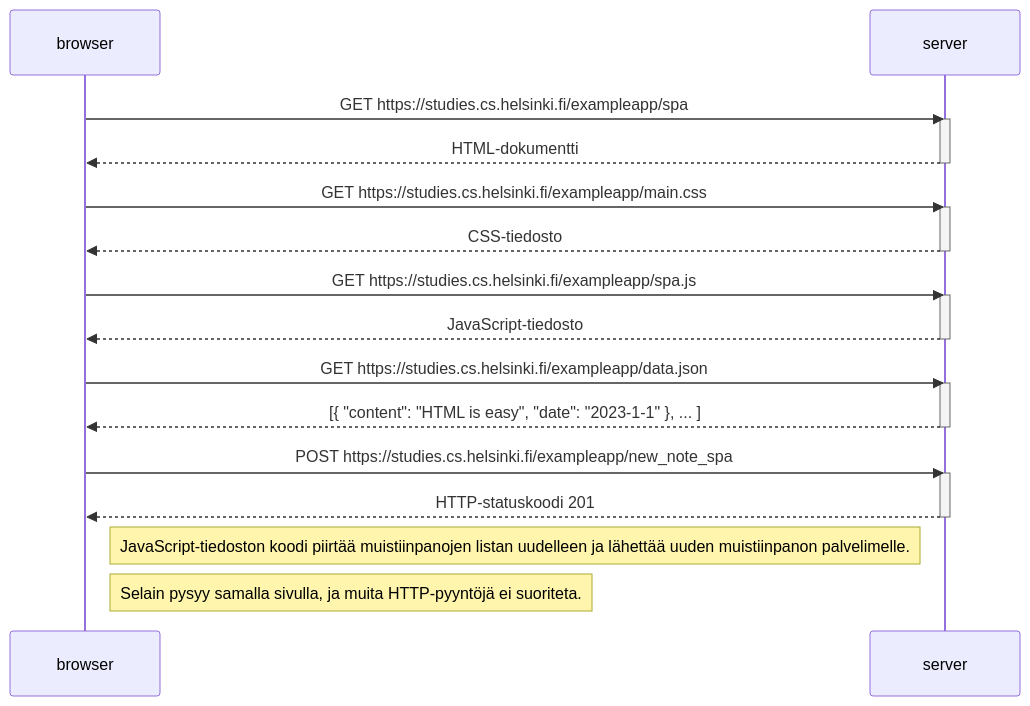
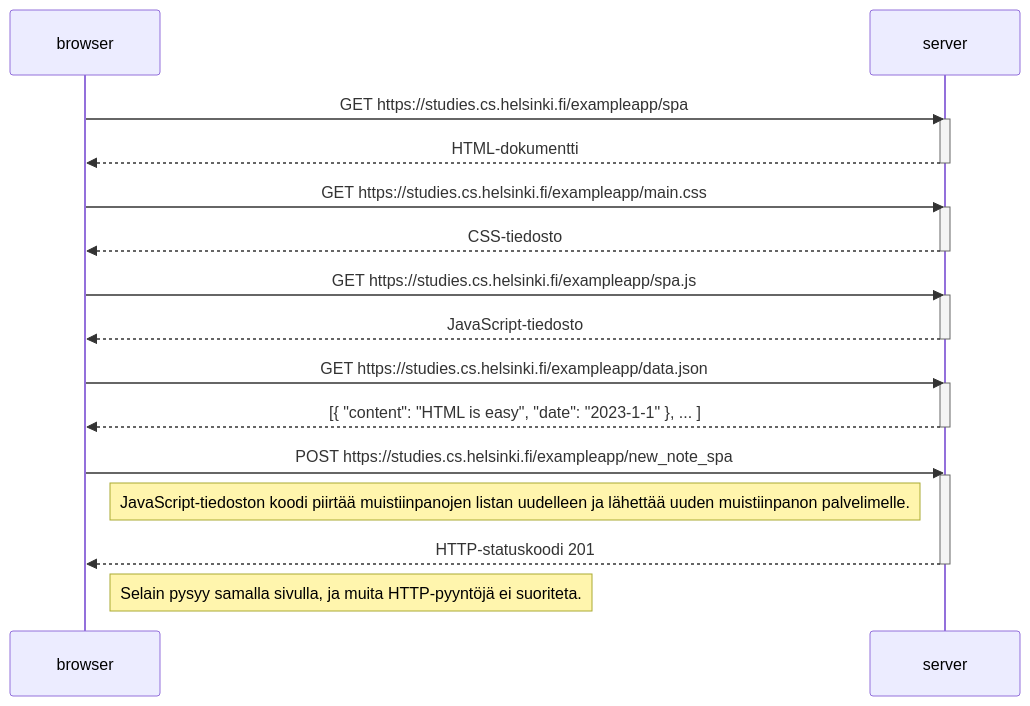
One commit to toivoantero/FullStack-UniversityOfHelsinki changed the diagram in osa0/0.6.md. Above: the diagram before and after it, drawn with Mermaid.

Commit message:
pieni korjaus

````diff
--- a/osa0/0.6.md
+++ b/osa0/0.6.md
@@ -2,36 +2,38 @@
 ```mermaid
 
 sequenceDiagram
     participant browser
     participant server
     
     browser->>server: GET https://studies.cs.helsinki.fi/exampleapp/spa
     activate server
     server-->>browser: HTML-dokumentti
     deactivate server
     
     browser->>server: GET https://studies.cs.helsinki.fi/exampleapp/main.css
     activate server
     server-->>browser: CSS-tiedosto
     deactivate server
     
     browser->>server: GET https://studies.cs.helsinki.fi/exampleapp/spa.js
     activate server
     server-->>browser: JavaScript-tiedosto
     deactivate server
         
     browser->>server: GET https://studies.cs.helsinki.fi/exampleapp/data.json
     activate server
     server-->>browser: [{ "content": "HTML is easy", "date": "2023-1-1" }, ... ]
     deactivate server    
 
     browser->>server: POST https://studies.cs.helsinki.fi/exampleapp/new_note_spa
     activate server
+
+    Note right of browser: JavaScript-tiedoston koodi piirtää muistiinpanojen listan uudelleen ja lähettää uuden muistiinpanon palvelimelle.
+
     server-->>browser: HTTP-statuskoodi 201
     deactivate server
 
-    Note right of browser: JavaScript-tiedoston koodi piirtää muistiinpanojen listan uudelleen ja lähettää uuden muistiinpanon palvelimelle.
     Note right of browser: Selain pysyy samalla sivulla, ja muita HTTP-pyyntöjä ei suoriteta.
 
 
 ```
````
